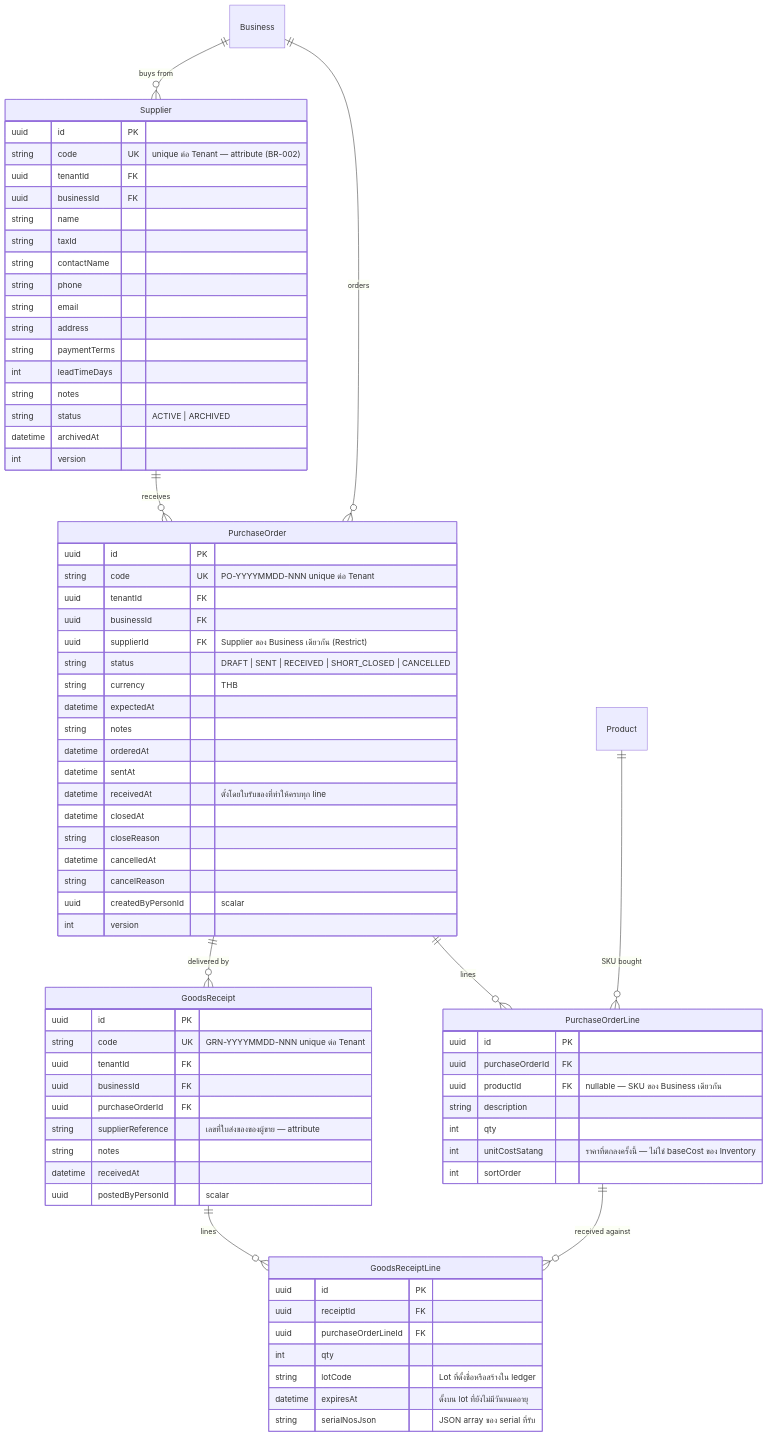
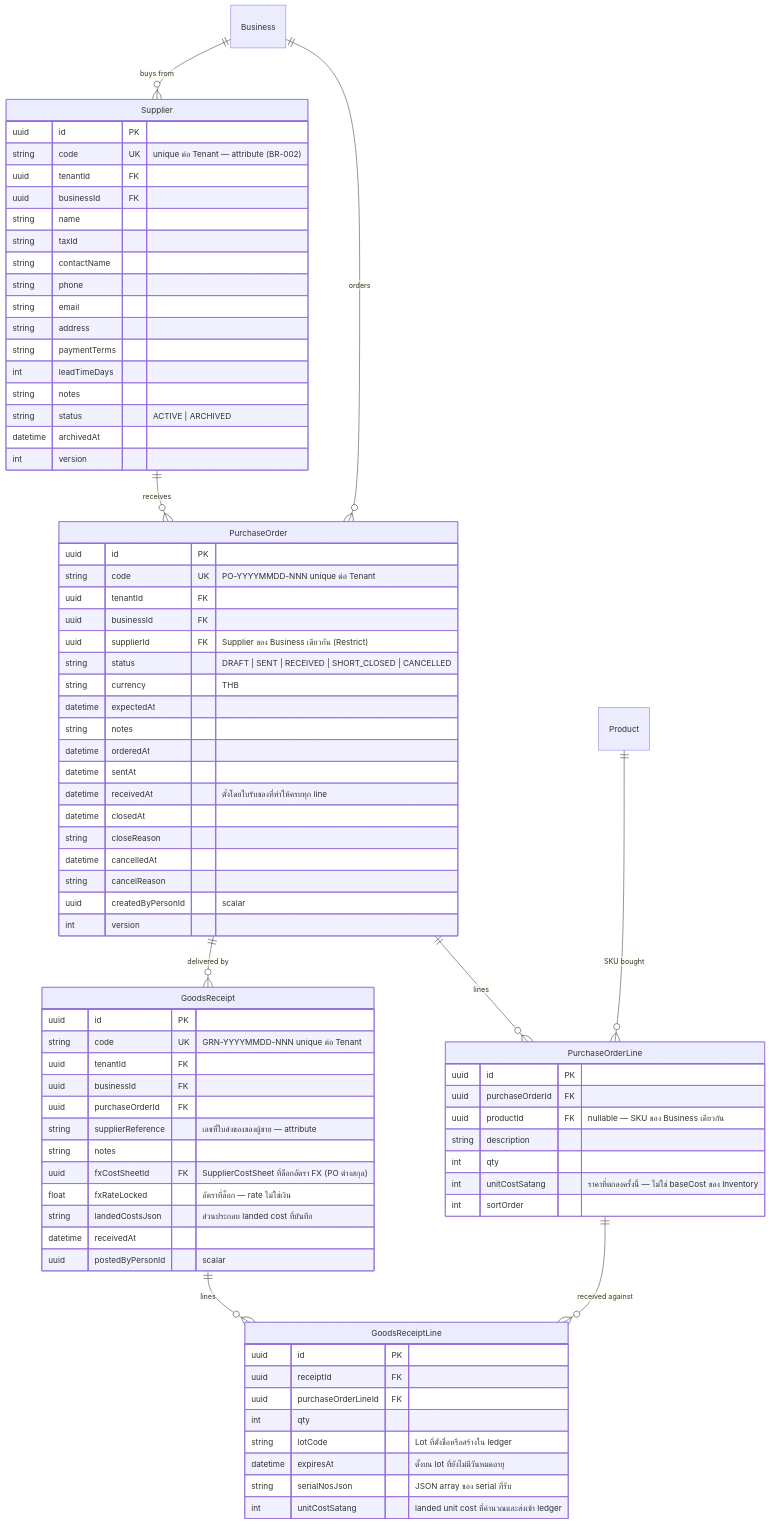
Before and after one commit to Freshair129/zuri.ai: diagram 22 of 26 in docs/architecture/database-erd/full-schema.md, drawn with Mermaid. The commit also changed 29 other files, not shown here.

````diff
--- a/docs/architecture/database-erd/full-schema.md
+++ b/docs/architecture/database-erd/full-schema.md
@@ -2184,6 +2184,9 @@
         uuid     purchaseOrderId   FK
         string   supplierReference     "เลขที่ใบส่งของของผู้ขาย — attribute"
         string   notes
+        uuid     fxCostSheetId     FK  "SupplierCostSheet ที่ล็อกอัตรา FX (PO ต่างสกุล)"
+        float    fxRateLocked          "อัตราที่ล็อก — rate ไม่ใช่เงิน"
+        string   landedCostsJson       "ส่วนประกอบ landed cost ที่บันทึก"
         datetime receivedAt
         uuid     postedByPersonId      "scalar"
     }
@@ -2196,5 +2199,6 @@
         string   lotCode                 "Lot ที่ตั้งชื่อหรือสร้างใน ledger"
         datetime expiresAt               "ตั้งบน lot ที่ยังไม่มีวันหมดอายุ"
         string   serialNosJson           "JSON array ของ serial ที่รับ"
+        int      unitCostSatang          "landed unit cost ที่คำนวณและส่งเข้า ledger"
     }
 ```
````
